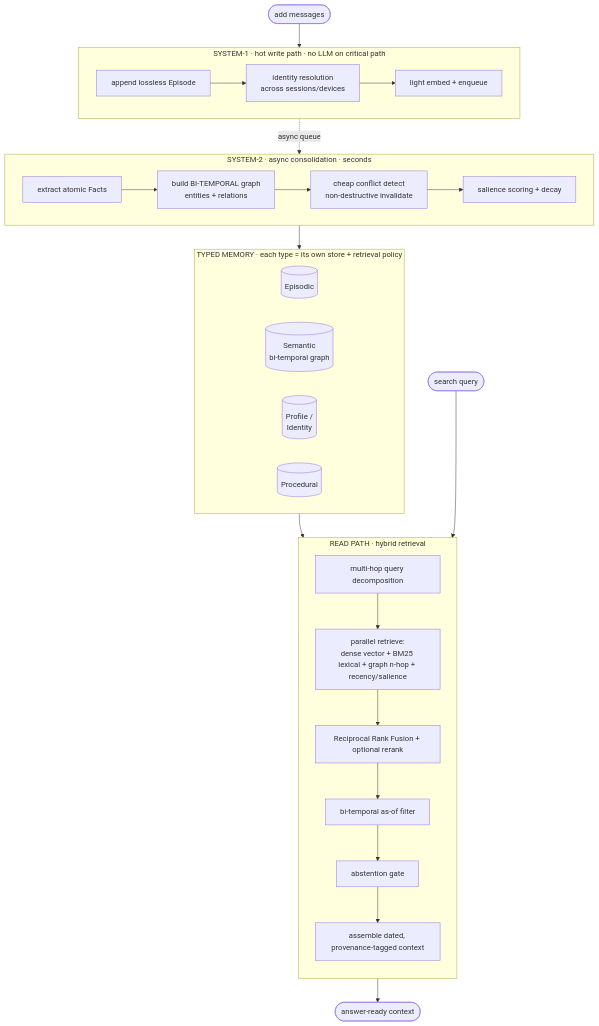
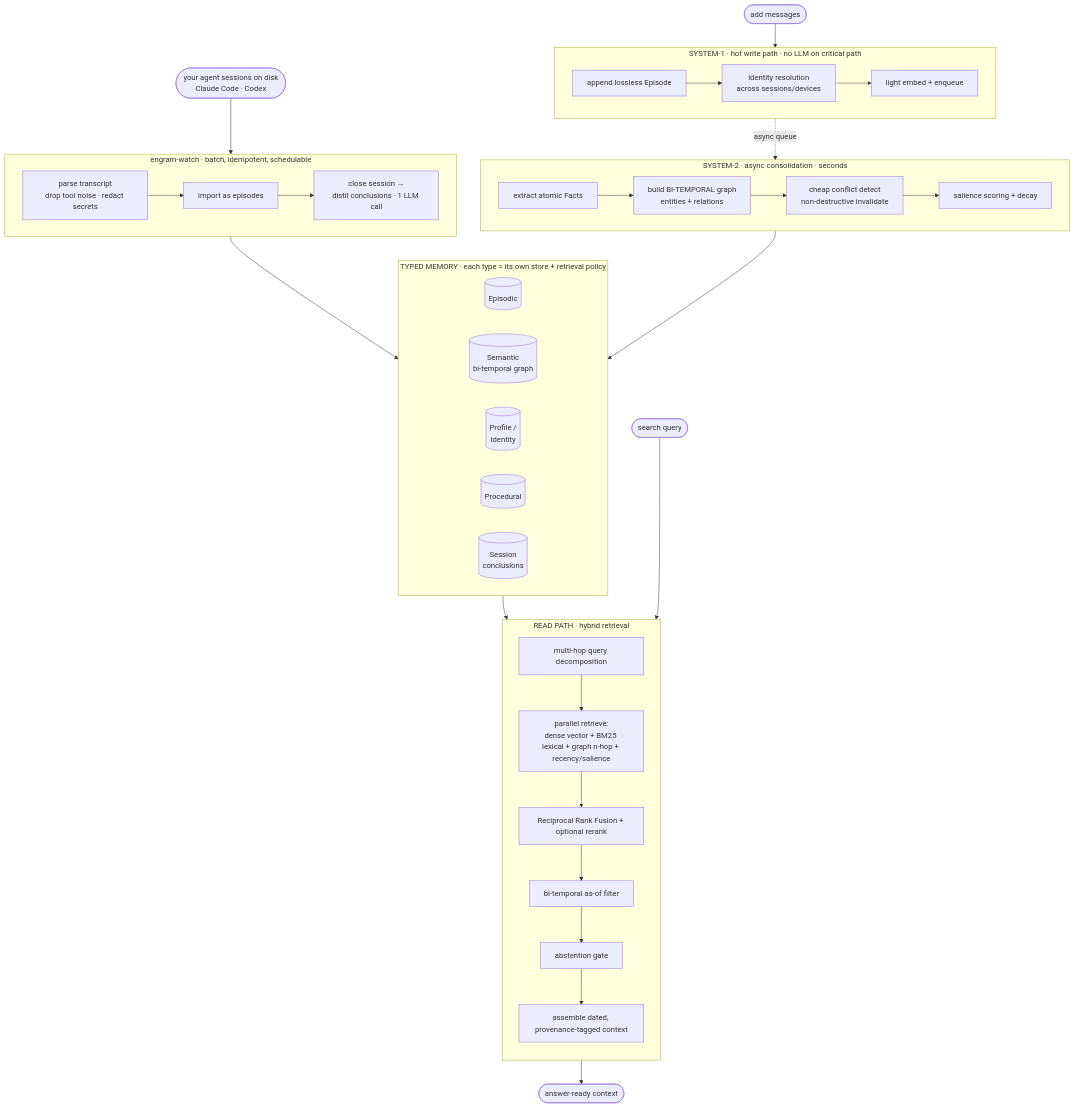
One commit to ly-wang19/engram changed the diagram in README.md. Above: the diagram before and after it, drawn with Mermaid. The commit also changed other lines of this file and 2 other files, not shown here.

First line of the commit message:
Describe the second write path and the session-conclusions layer

````diff
--- a/README.md
+++ b/README.md
@@ -260,29 +277,36 @@
 ```mermaid
 flowchart TB
     ADD([add messages]) --> S1
+    SESS([your agent sessions on disk<br/>Claude Code · Codex]) --> W
+    subgraph W [engram-watch · batch, idempotent, schedulable]
+        direction LR
+        Wa[parse transcript<br/>drop tool noise · redact secrets] --> Wb[import as episodes] --> Wc[close session →<br/>distil conclusions · 1 LLM call]
+    end
+    W --> TM
     subgraph S1 [SYSTEM-1 · hot write path · no LLM on critical path]
         direction LR
         S1a[append lossless Episode] --> S1b[identity resolution<br/>across sessions/devices] --> S1c[light embed + enqueue]
     end
     S1 -. async queue .-> S2
     subgraph S2 [SYSTEM-2 · async consolidation · seconds]
         direction LR
         S2a[extract atomic Facts] --> S2b[build BI-TEMPORAL graph<br/>entities + relations] --> S2c[cheap conflict detect<br/>non-destructive invalidate] --> S2d[salience scoring + decay]
     end
     S2 --> TM
     subgraph TM [TYPED MEMORY · each type = its own store + retrieval policy]
         direction LR
         TMa[(Episodic)]
         TMb[(Semantic<br/>bi-temporal graph)]
         TMc[(Profile /<br/>Identity)]
         TMd[(Procedural)]
+        TMe[(Session<br/>conclusions)]
     end
     TM --> R
     Q([search query]) --> R
     subgraph R [READ PATH · hybrid retrieval]
         direction TB
         Ra[multi-hop query decomposition] --> Rb[parallel retrieve:<br/>dense vector + BM25 lexical + graph n-hop + recency/salience]
         Rb --> Rc[Reciprocal Rank Fusion + optional rerank] --> Rd[bi-temporal as-of filter] --> Re[abstention gate] --> Rf[assemble dated, provenance-tagged context]
     end
     Rf --> OUT([answer-ready context])
 ```
````
